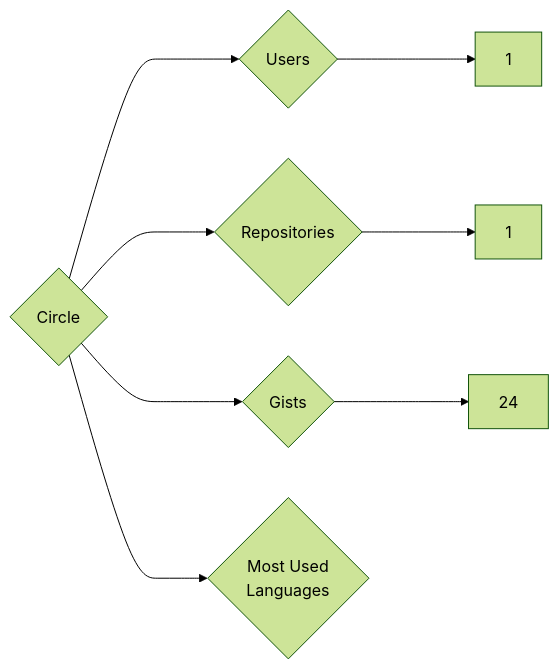
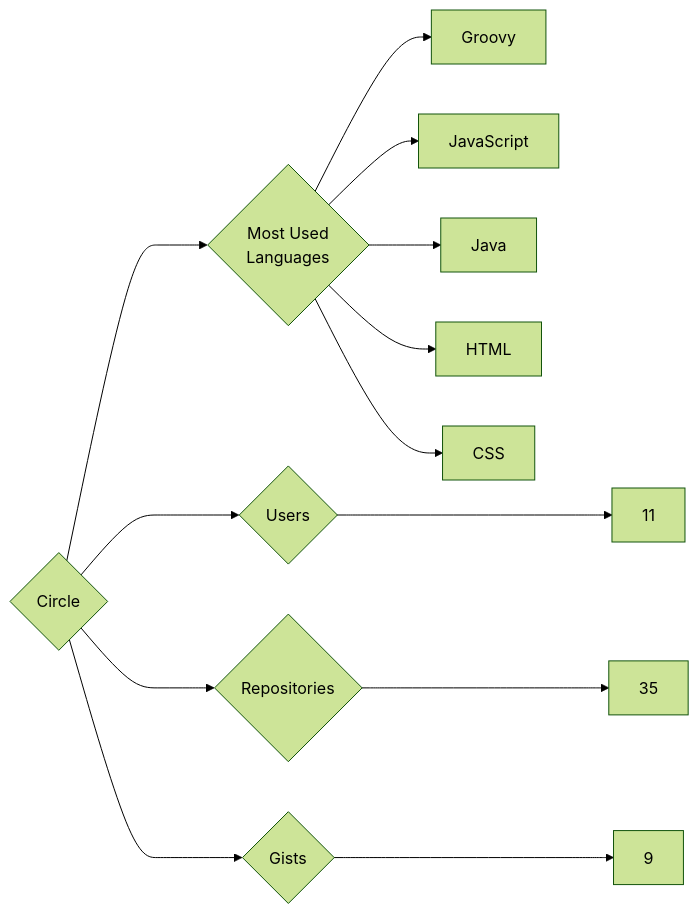
One commit to trickest/insiders changed the diagram in targets/Circle/README.md. Above: the diagram before and after it, drawn with Mermaid (forest theme). The commit also changed 814 other files, not shown here.

````diff
--- a/targets/Circle/README.md
+++ b/targets/Circle/README.md
@@ -3,8 +3,13 @@
 ```mermaid
 graph LR
 COMPANY_NAME{Circle}
-COMPANY_NAME ---> U{Users} ---> UN[1]
-COMPANY_NAME ---> R{Repositories} ---> RN[1]
-COMPANY_NAME ---> G{Gists} ---> GN[24]
+COMPANY_NAME ---> U{Users} ---> UN[11]
+COMPANY_NAME ---> R{Repositories} ---> RN[35]
+COMPANY_NAME ---> G{Gists} ---> GN[9]
 COMPANY_NAME ---> ML{Most Used<br>Languages}
+ML --> Groovy[Groovy]
+ML --> JavaScript[JavaScript]
+ML --> Java[Java]
+ML --> HTML[HTML]
+ML --> CSS[CSS]
 ```
````
